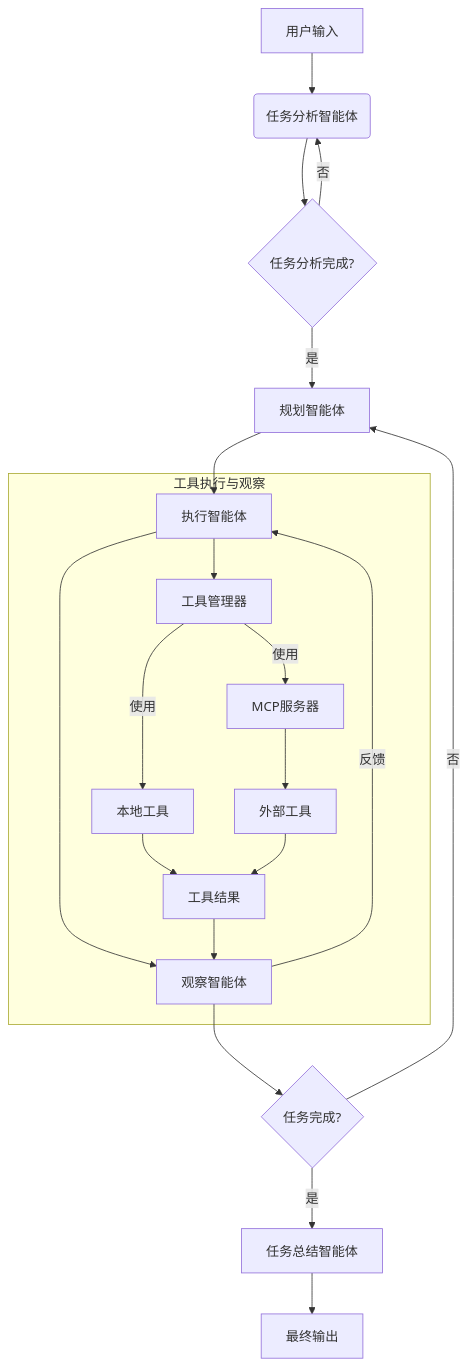
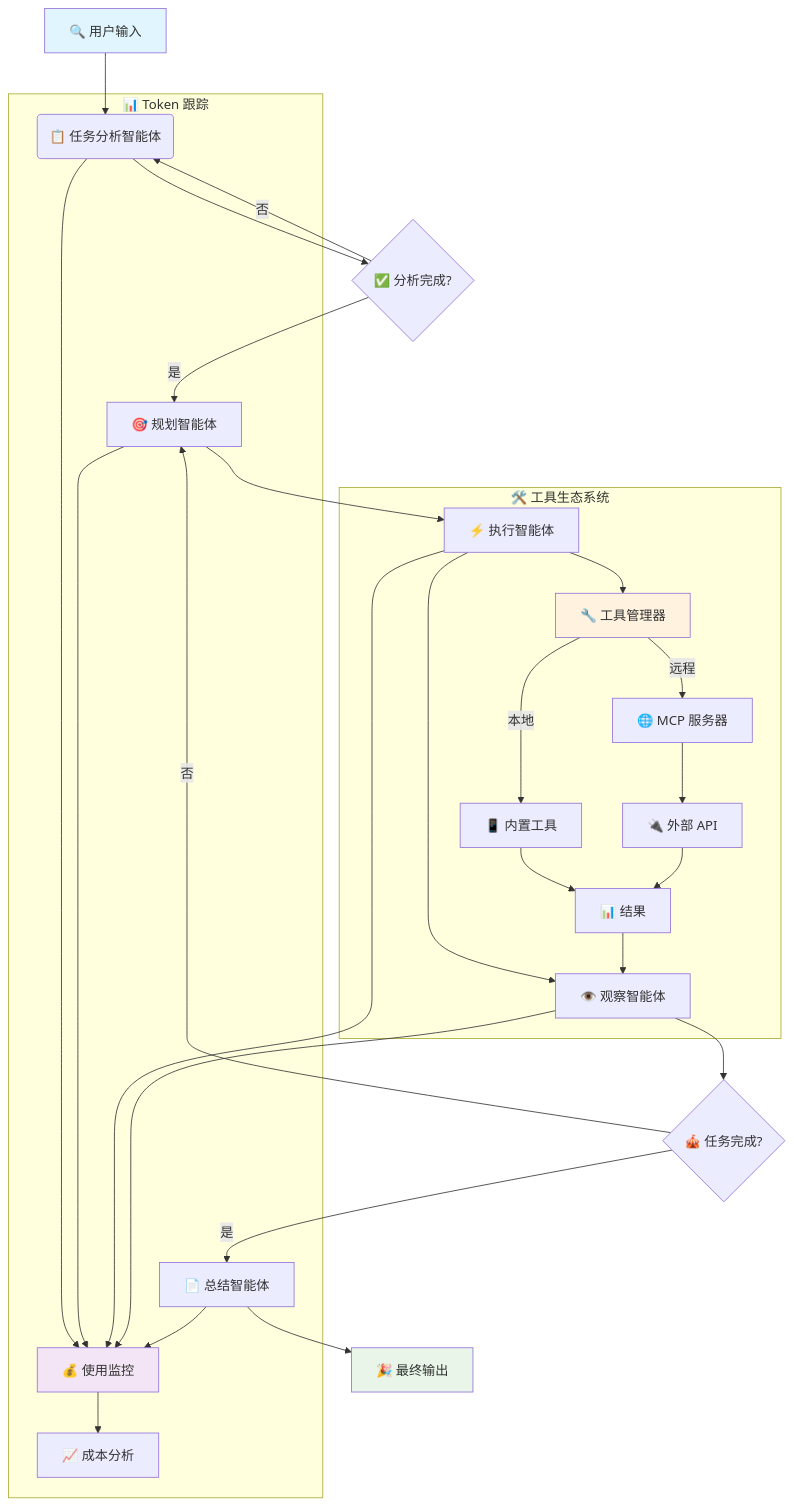
Before and after one commit to baller/SuperTravelAgent: the diagram in README_CN.md, drawn with Mermaid. The commit also changed other lines of this file and 35 other files, not shown here.

````diff
--- a/README_CN.md
+++ b/README_CN.md
@@ -63,24 +50,37 @@
 ```mermaid
 graph TD
-    A[用户输入] --> B(任务分析智能体)
-    B --> C{任务分析完成?}
-    C -->|是| D[规划智能体]
+    A[🔍 用户输入] --> B(📋 任务分析智能体)
+    B --> C{✅ 分析完成?}
+    C -->|是| D[🎯 规划智能体]
     C -->|否| B
-    D --> E[执行智能体]
-    E --> F[观察智能体]
-    F --> G{任务完成?}
-    G -->|是| H[任务总结智能体]
+    D --> E[⚡ 执行智能体]
+    E --> F[👁️ 观察智能体]
+    F --> G{🎪 任务完成?}
+    G -->|是| H[📄 总结智能体]
     G -->|否| D
-    H --> I[最终输出]
+    H --> I[🎉 最终输出]
     
-    subgraph 工具执行与观察 
-        E --> J[工具管理器]
-        J -->|使用| K[本地工具]
-        J -->|使用| L[MCP服务器]
-        L --> M[外部工具]
-        K --> N[工具结果]
+    subgraph "🛠️ 工具生态系统"
+        E --> J[🔧 工具管理器]
+        J -->|本地| K[📱 内置工具]
+        J -->|远程| L[🌐 MCP 服务器]
+        L --> M[🔌 外部 API]
+        K --> N[📊 结果]
         M --> N
-        N --> F[观察智能体] 
-        F -->|反馈| E
+        N --> F
     end
+    
+    subgraph "📊 Token 跟踪"
+        B --> P[💰 使用监控]
+        D --> P
+        E --> P
+        F --> P
+        H --> P
+        P --> Q[📈 成本分析]
+    end
+    
+    style A fill:#e1f5fe
+    style I fill:#e8f5e8
+    style J fill:#fff3e0
+    style P fill:#f3e5f5
 ```
````
